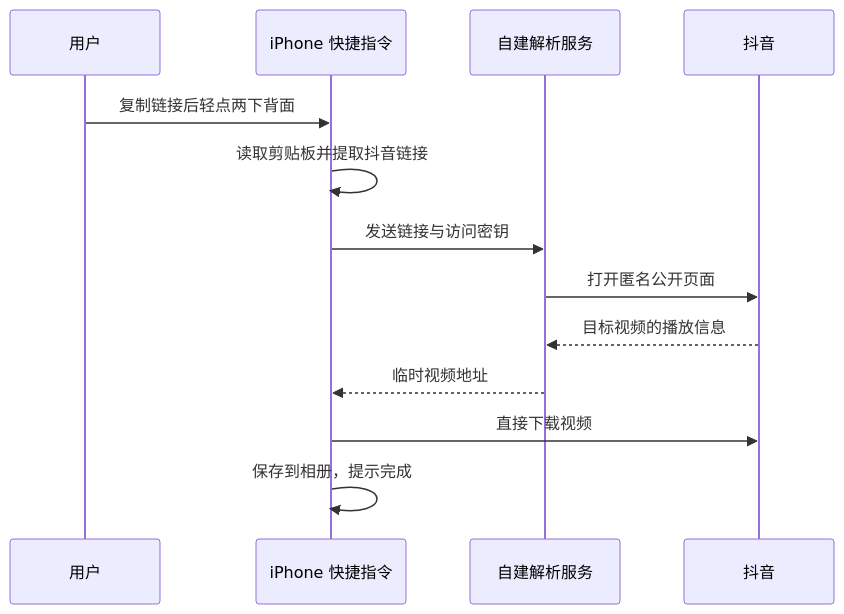
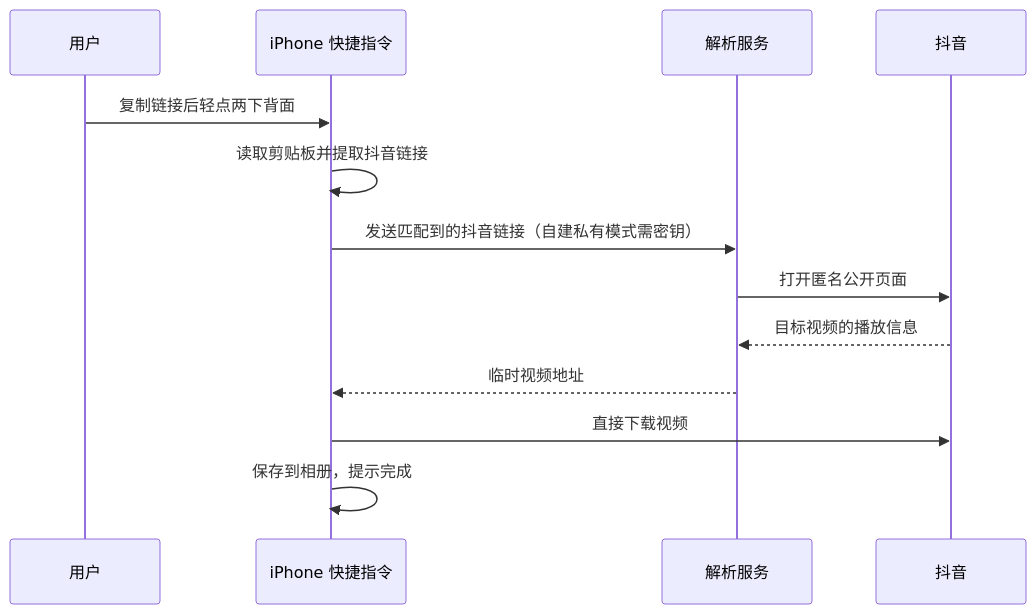
One commit to Hype-yolo/backtap-douyin changed the diagram in README.md. Above: the diagram before and after it, drawn with Mermaid. The commit also changed other lines of this file and 13 other files, not shown here.

````diff
--- a/README.md
+++ b/README.md
@@ -21,15 +25,15 @@
 ```mermaid
 sequenceDiagram
     participant U as 用户
     participant S as iPhone 快捷指令
-    participant A as 自建解析服务
+    participant A as 解析服务
     participant D as 抖音
     U->>S: 复制链接后轻点两下背面
     S->>S: 读取剪贴板并提取抖音链接
-    S->>A: 发送链接与访问密钥
+    S->>A: 发送匹配到的抖音链接（自建私有模式需密钥）
     A->>D: 打开匿名公开页面
     D-->>A: 目标视频的播放信息
     A-->>S: 临时视频地址
     S->>D: 直接下载视频
     S->>S: 保存到相册，提示完成
 ```
````
